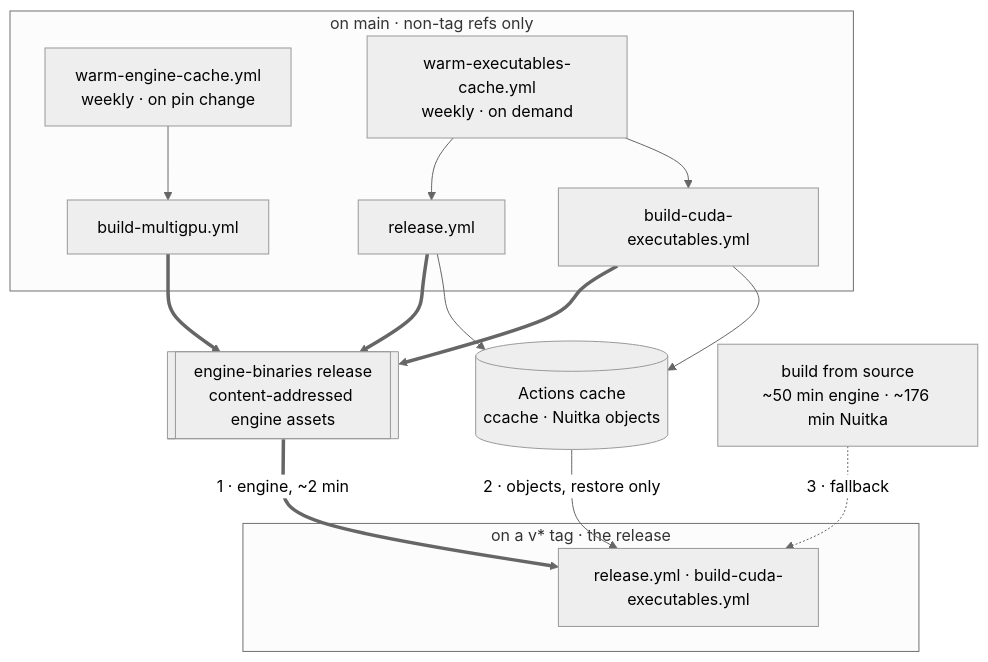
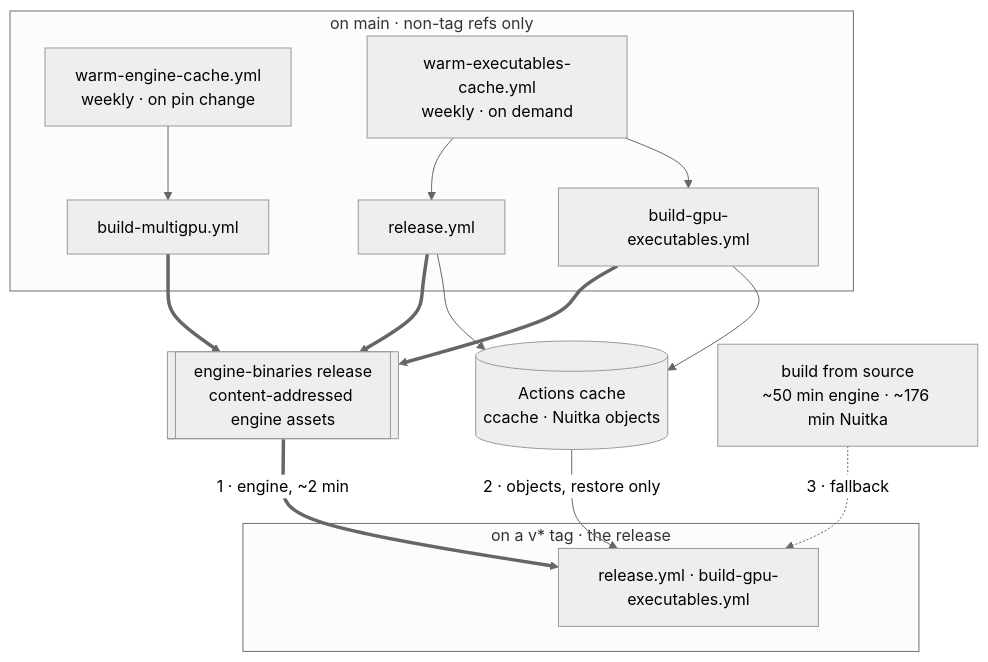
Before and after one commit to tobocop2/lilbee: diagram 14 of 14 in docs/architecture.md, drawn with Mermaid (neutral theme). The commit also changed other lines of this file and 56 other files, not shown here.

````diff
--- a/docs/architecture.md
+++ b/docs/architecture.md
@@ -1366,22 +1366,22 @@
 ```mermaid
 flowchart TB
     subgraph WARM["on main · non-tag refs only"]
         WEC["warm-engine-cache.yml<br/>weekly · on pin change"] --> BMG["build-multigpu.yml"]
         WXC["warm-executables-cache.yml<br/>weekly · on demand"] --> REL["release.yml"]
-        WXC --> BCE["build-cuda-executables.yml"]
+        WXC --> BCE["build-gpu-executables.yml"]
     end
 
     BMG ==> MIRROR[["engine-binaries release<br/>content-addressed engine assets"]]
     BCE ==> MIRROR
     REL ==> MIRROR
     REL --> CACHE[("Actions cache<br/>ccache · Nuitka objects")]
     BCE --> CACHE
 
     subgraph TAG["on a v* tag · the release"]
-        TB["release.yml · build-cuda-executables.yml"]
+        TB["release.yml · build-gpu-executables.yml"]
     end
 
     MIRROR ==>|"1 · engine, ~2 min"| TB
     CACHE -->|"2 · objects, restore only"| TB
     SRC["build from source<br/>~50 min engine · ~176 min Nuitka"] -.->|"3 · fallback"| TB
 ```
````
